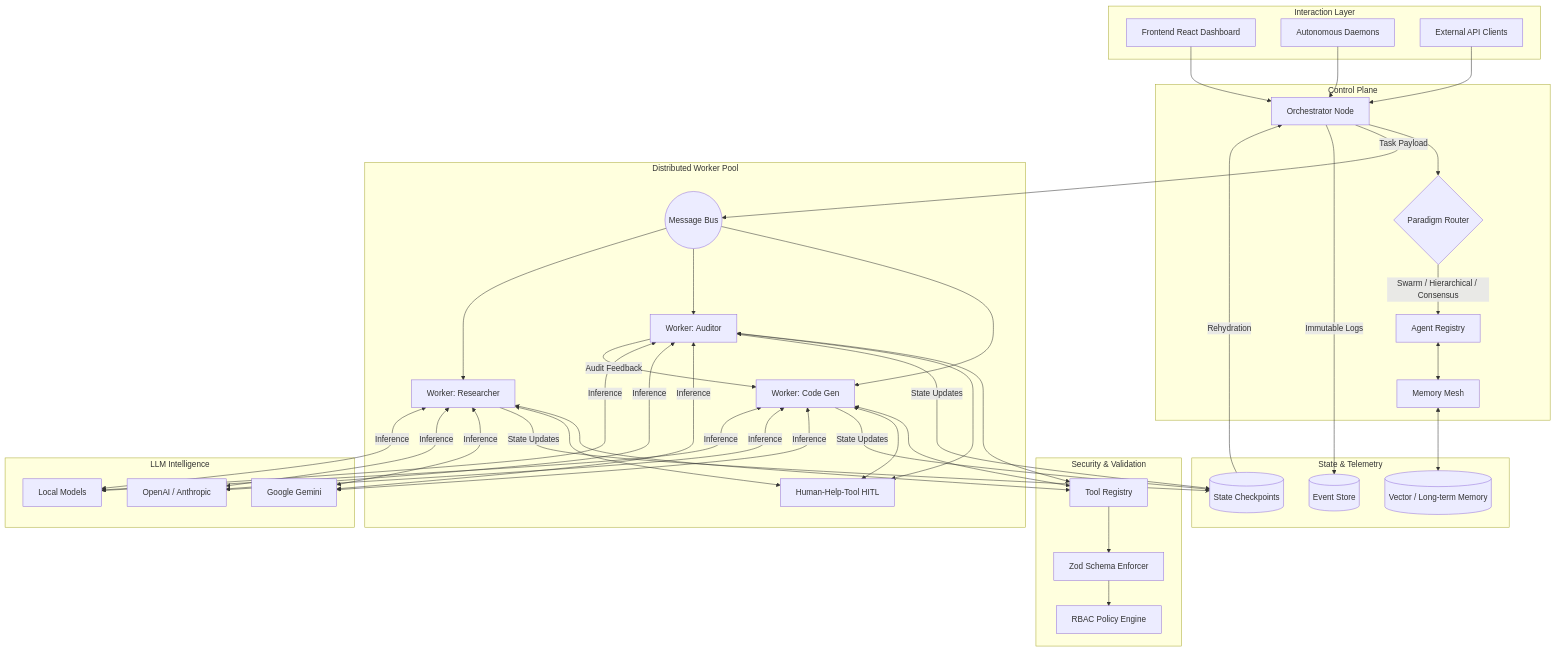
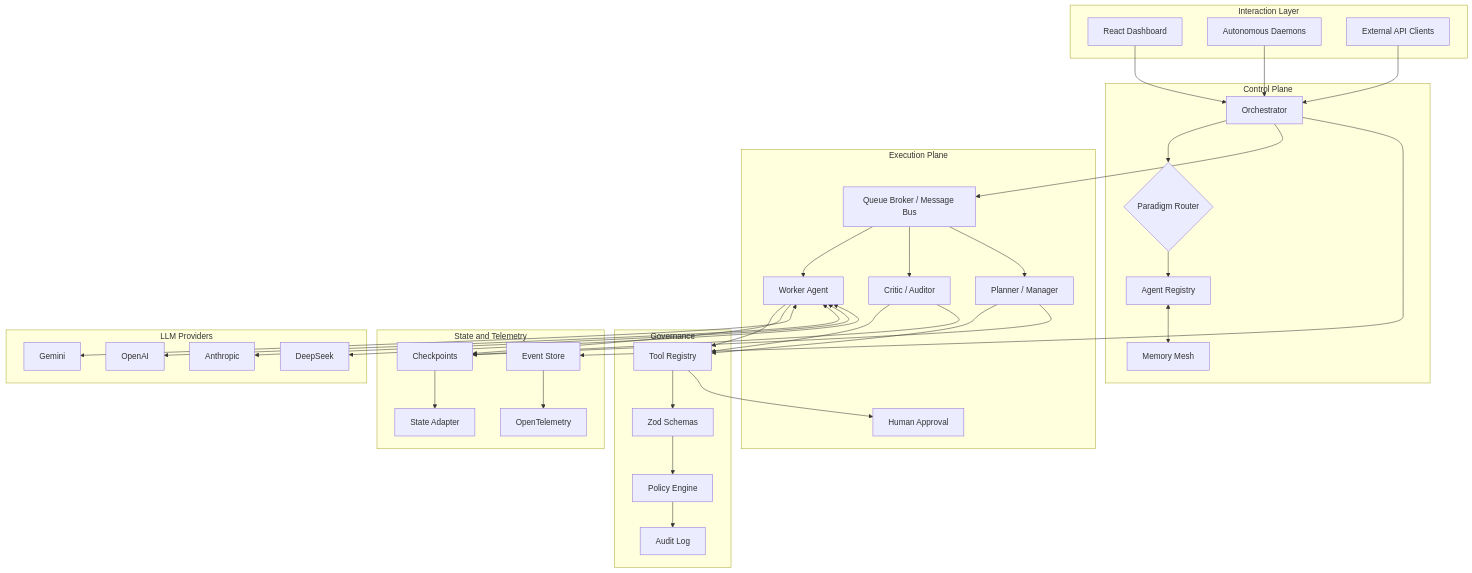
The diagram in README.md (vinoth2vinoth/orchestra), drawn with Mermaid before and after one commit. The commit also changed other lines of this file and 1 other file, not shown here.

````diff
--- a/README.md
+++ b/README.md
@@ -87,63 +66,72 @@
 ```mermaid
 graph TB
-    subgraph Client_Layer [Interaction Layer]
-        A[Frontend React Dashboard]
-        B[Autonomous Daemons]
-        C[External API Clients]
+    subgraph Client["Interaction Layer"]
+        A["React Dashboard"]
+        B["Autonomous Daemons"]
+        C["External API Clients"]
     end
 
-    subgraph Orchestration_Layer [Control Plane]
-        D[Orchestrator Node]
-        E{Paradigm Router}
-        F[Agent Registry]
-        G[Memory Mesh]
+    subgraph Control["Control Plane"]
+        D["Orchestrator"]
+        E{"Paradigm Router"}
+        F["Agent Registry"]
+        G["Memory Mesh"]
     end
 
-    subgraph Execution_Layer [Distributed Worker Pool]
-        H((Message Bus))
-        I[Worker: Code Gen]
-        J[Worker: Auditor]
-        K[Worker: Researcher]
-        H2[Human-Help-Tool HITL]
+    subgraph Execution["Execution Plane"]
+        H["Queue Broker / Message Bus"]
+        I["Worker Agent"]
+        J["Critic / Auditor"]
+        K["Planner / Manager"]
+        L["Human Approval"]
     end
 
-    subgraph Governance_Layer [Security & Validation]
-        L[Tool Registry]
-        M[Zod Schema Enforcer]
-        N[RBAC Policy Engine]
+    subgraph Governance["Governance"]
+        M["Tool Registry"]
+        N["Zod Schemas"]
+        O["Policy Engine"]
+        P["Audit Log"]
     end
 
-    subgraph Persistence_Layer [State & Telemetry]
-        O[(Event Store)]
-        P[(State Checkpoints)]
-        Q[(Vector / Long-term Memory)]
+    subgraph State["State and Telemetry"]
+        Q["Event Store"]
+        R["Checkpoints"]
+        S["State Adapter"]
+        T["OpenTelemetry"]
     end
 
-    subgraph Provider_Layer [LLM Intelligence]
-        R[Google Gemini]
-        S[OpenAI / Anthropic]
-        T[Local Models]
+    subgraph Providers["LLM Providers"]
+        U["Gemini"]
+        V["OpenAI"]
+        W["Anthropic"]
+        X["DeepSeek"]
     end
 
-    %% Flow
-    A & B & C --> D
+    A --> D
+    B --> D
+    C --> D
     D --> E
-    E -->|Swarm / Hierarchical / Consensus| F
+    E --> F
     F <--> G
-    D -->|Task Payload| H
-    H --> I & J & K
-    
-    I & J & K <--> L
-    I & J & K <--> H2
-    L --> M --> N
-    
-    I & J & K -->|State Updates| P
-    D -->|Immutable Logs| O
-    G <--> Q
-    
-    I & J & K <-->|Inference| R & S & T
-
-    %% Feedback loops
-    J -->|Audit Feedback| I
-    P -->|Rehydration| D
+    D --> H
+    H --> I
+    H --> J
+    H --> K
+    I --> M
+    J --> M
+    K --> M
+    M --> N
+    N --> O
+    O --> P
+    I --> R
+    J --> R
+    K --> R
+    D --> Q
+    Q --> T
+    R --> S
+    I <--> U
+    I <--> V
+    I <--> W
+    I <--> X
+    M --> L
 ```
````
